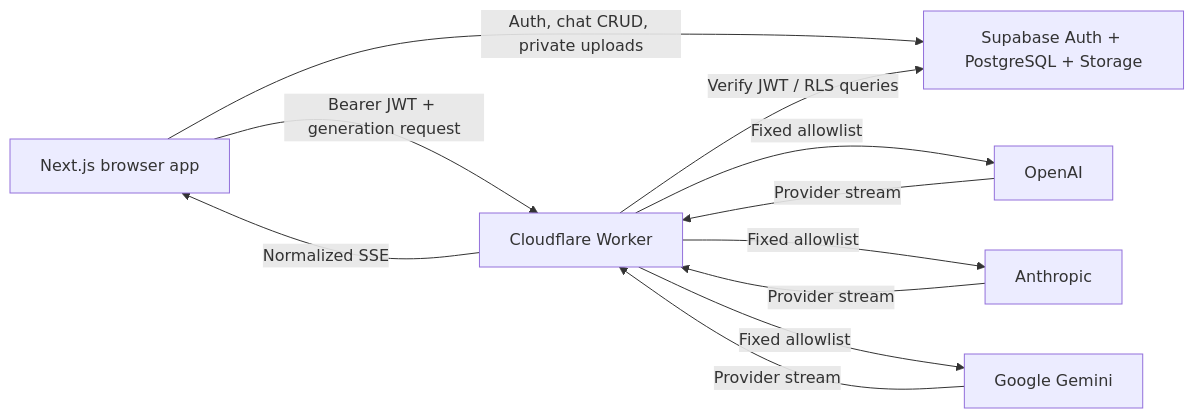
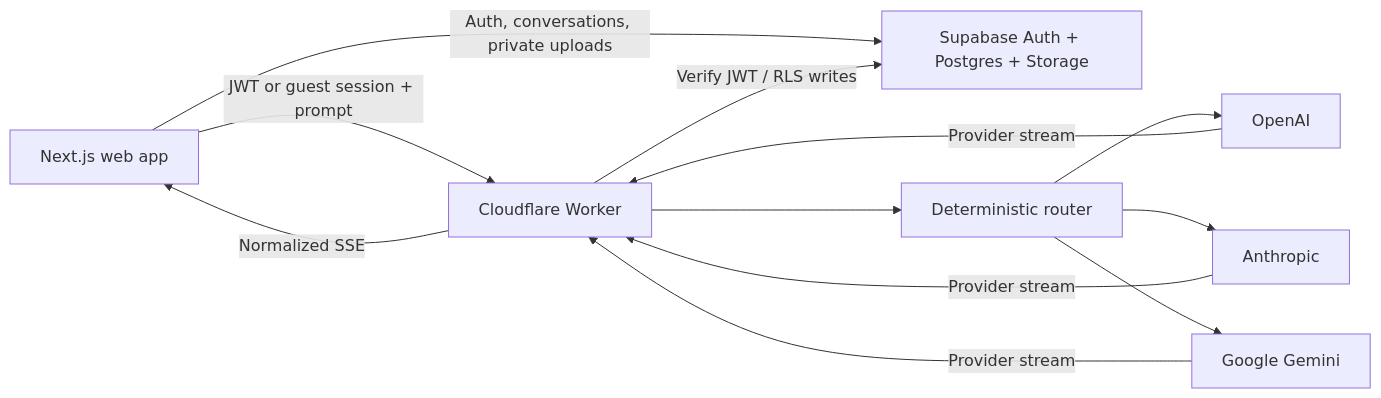
Before and after one commit to tenth-package0/orbit: the diagram in README.md, drawn with Mermaid. The commit also changed other lines of this file and 2 other files, not shown here.

````diff
--- a/README.md
+++ b/README.md
@@ -7,13 +74,14 @@
 ```mermaid
 flowchart LR
-  Browser[Next.js browser app] -->|Auth, chat CRUD, private uploads| Supabase[Supabase Auth + PostgreSQL + Storage]
-  Browser -->|Bearer JWT + generation request| Worker[Cloudflare Worker]
-  Worker -->|Verify JWT / RLS queries| Supabase
-  Worker -->|Fixed allowlist| OpenAI
-  Worker -->|Fixed allowlist| Anthropic
-  Worker -->|Fixed allowlist| Gemini[Google Gemini]
+  Browser[Next.js web app] -->|Auth, conversations, private uploads| Supabase[Supabase Auth + Postgres + Storage]
+  Browser -->|JWT or guest session + prompt| Worker[Cloudflare Worker]
+  Worker -->|Verify JWT / RLS writes| Supabase
+  Worker --> Router[Deterministic router]
+  Router --> OpenAI[OpenAI]
+  Router --> Anthropic[Anthropic]
+  Router --> Gemini[Google Gemini]
   OpenAI -->|Provider stream| Worker
   Anthropic -->|Provider stream| Worker
   Gemini -->|Provider stream| Worker
   Worker -->|Normalized SSE| Browser
 ```
````
